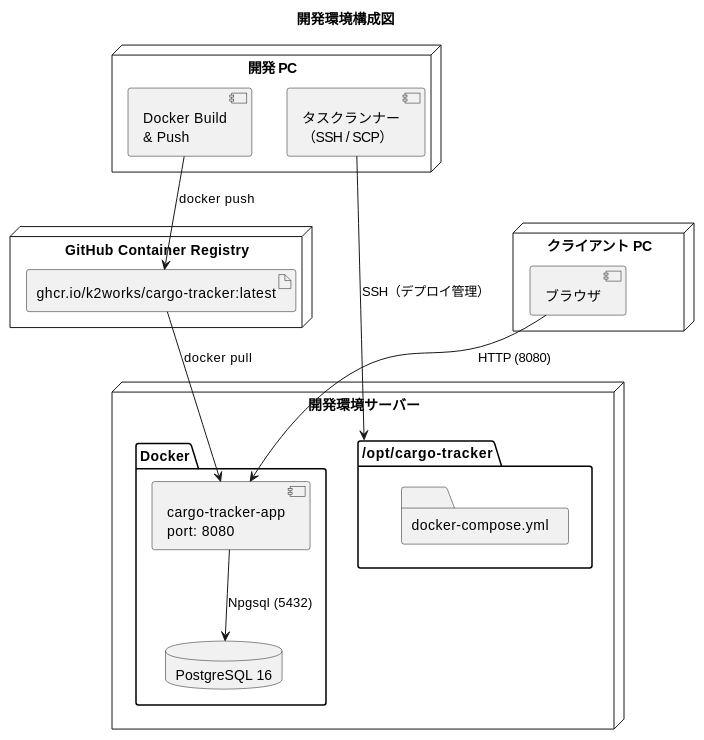
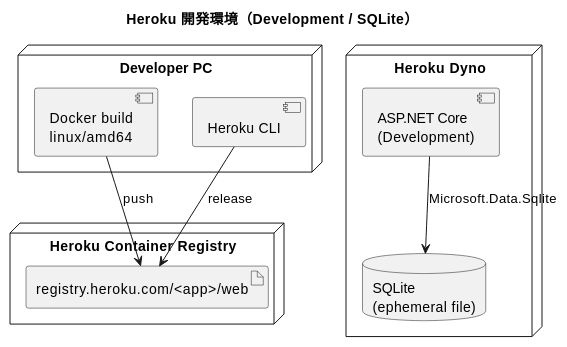
Before and after one commit to k2works/case-study-cargo-tracker: the diagram in docs/operation/開発環境セットアップ手順書.md, drawn with PlantUML. The commit also changed other lines of this file and 2 other files, not shown here.

First line of the commit message:
docs(operation): 開発環境を Heroku Container Registry 構成に変更

````diff
--- a/docs/operation/開発環境セットアップ手順書.md
+++ b/docs/operation/開発環境セットアップ手順書.md
@@ -14,37 +25,25 @@
 ```plantuml
 @startuml
 
-title 開発環境構成図
+title Heroku 開発環境（Development / SQLite）
 
-node "GitHub Container Registry" {
-  artifact "ghcr.io/k2works/cargo-tracker:latest" as img
+node "Developer PC" {
+  component "Docker build\nlinux/amd64" as docker
+  component "Heroku CLI" as cli
 }
 
-node "開発 PC" {
-  component "Docker Build\n& Push" as build
-  component "タスクランナー\n（SSH / SCP）" as task
+node "Heroku Container Registry" {
+  artifact "registry.heroku.com/<app>/web" as image
 }
 
-node "開発環境サーバー" {
-  folder "/opt/cargo-tracker" as projectdir {
-    folder "docker-compose.yml" as compose
-  }
-
-  package "Docker" {
-    component "cargo-tracker-app\nport: 8080" as svc
-    database "PostgreSQL 16" as db
-  }
+node "Heroku Dyno" {
+  component "ASP.NET Core\n(Development)" as app
+  database "SQLite\n(ephemeral file)" as sqlite
 }
 
-node "クライアント PC" {
-  component "ブラウザ" as browser
-}
-
-build --> img : docker push
-img --> svc : docker pull
-task --> projectdir : SSH（デプロイ管理）
-browser --> svc : HTTP (8080)
-svc --> db : Npgsql (5432)
+docker --> image : push
+cli --> image : release
+app --> sqlite : Microsoft.Data.Sqlite
 
 @enduml
 ```
````
